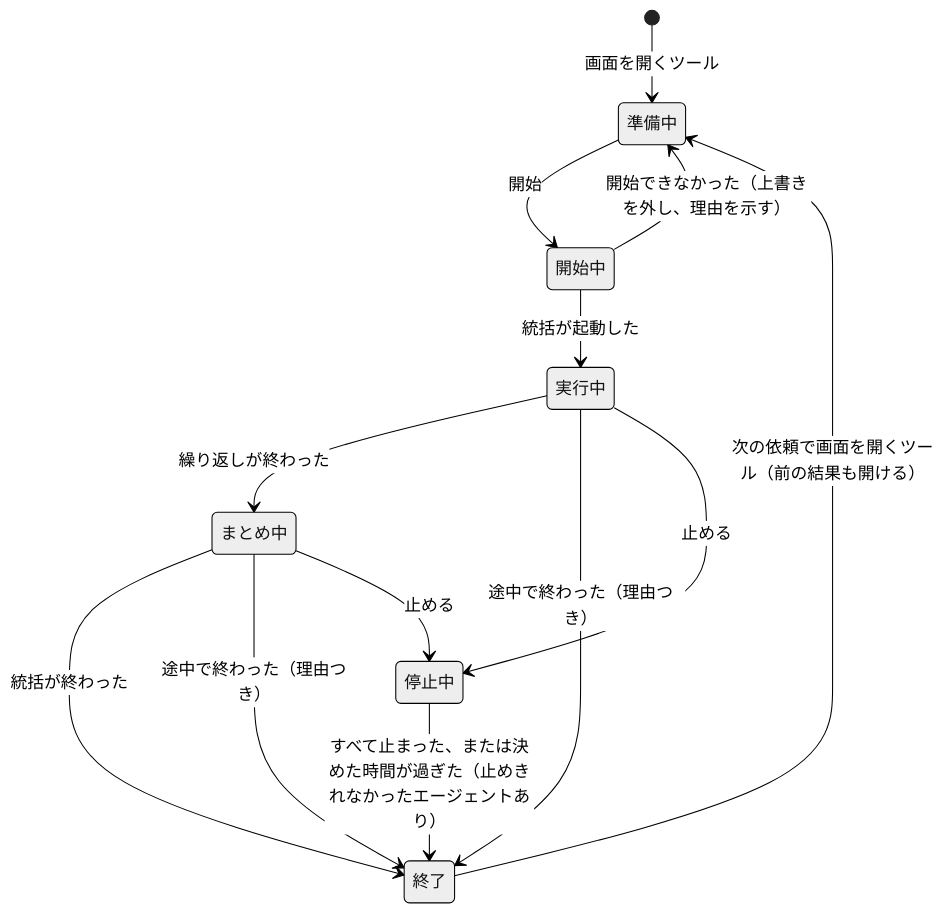
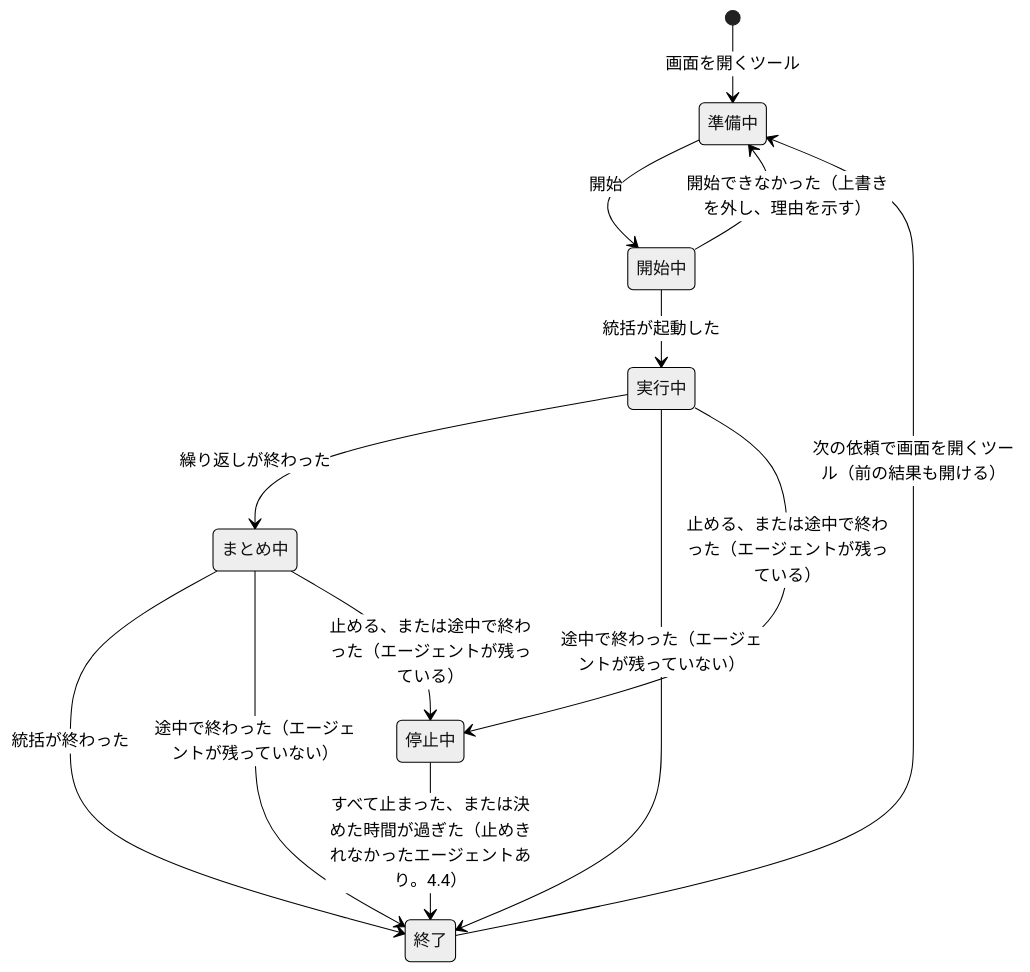
One commit to imaeda-hub/plugin-creater changed the fourth of 4 diagrams in docs/design/generated-plugin-structure.md. Above: the diagram before and after it, drawn with Mermaid (neutral theme). The commit also changed other lines of this file and 2 other files, not shown here.

````diff
--- a/docs/design/generated-plugin-structure.md
+++ b/docs/design/generated-plugin-structure.md
@@ -350,15 +346,15 @@
 ```mermaid
 stateDiagram-v2
   [*] --> 準備中: 画面を開くツール
   準備中 --> 開始中: 開始
   開始中 --> 準備中: 開始できなかった（上書きを外し、理由を示す）
   開始中 --> 実行中: 統括が起動した
   実行中 --> まとめ中: 繰り返しが終わった
   まとめ中 --> 終了: 統括が終わった
-  実行中 --> 終了: 途中で終わった（理由つき）
-  まとめ中 --> 終了: 途中で終わった（理由つき）
-  実行中 --> 停止中: 止める
-  まとめ中 --> 停止中: 止める
-  停止中 --> 終了: すべて止まった、または決めた時間が過ぎた（止めきれなかったエージェントあり）
+  実行中 --> 終了: 途中で終わった（エージェントが残っていない）
+  まとめ中 --> 終了: 途中で終わった（エージェントが残っていない）
+  実行中 --> 停止中: 止める、または途中で終わった（エージェントが残っている）
+  まとめ中 --> 停止中: 止める、または途中で終わった（エージェントが残っている）
+  停止中 --> 終了: すべて止まった、または決めた時間が過ぎた（止めきれなかったエージェントあり。4.4）
   終了 --> 準備中: 次の依頼で画面を開くツール（前の結果も開ける）
 ```
````
